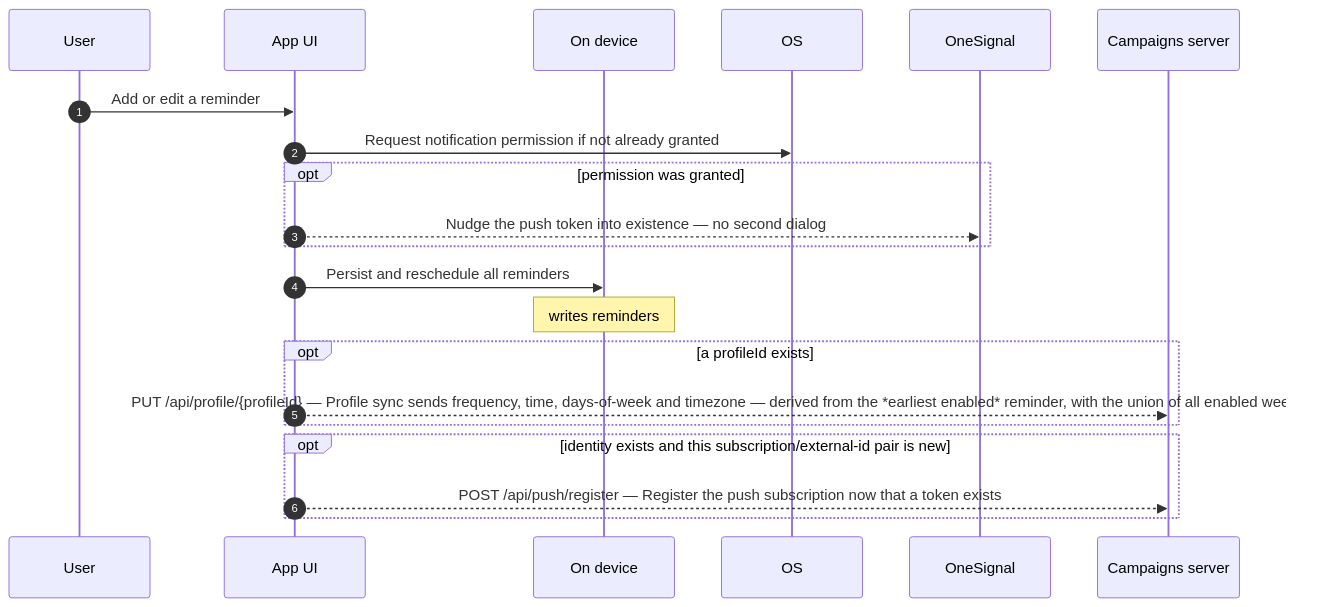
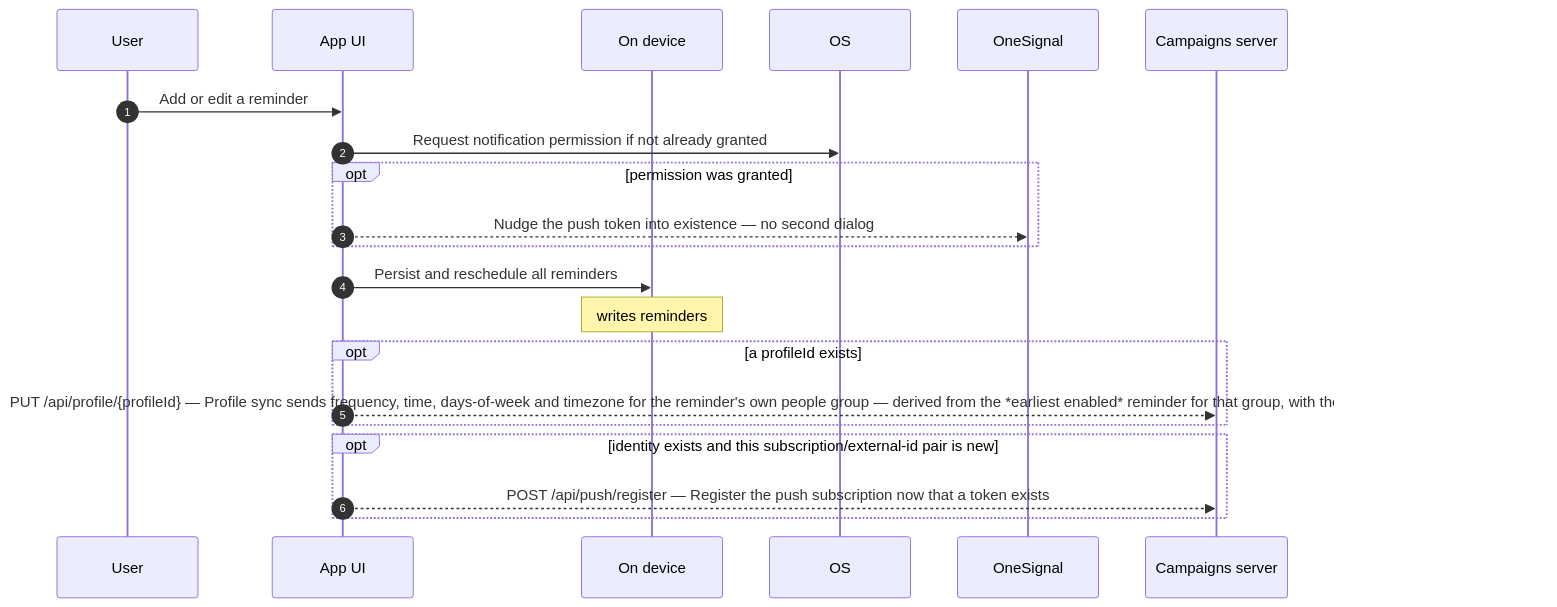
One commit to doxa-life/doxa-prayer-mobile-app changed diagram 15 of 26 in docs/architecture/actions.md. Above: the diagram before and after it, drawn with Mermaid. The commit also changed other lines of this file and 67 other files, not shown here.

````diff
--- a/docs/architecture/actions.md
+++ b/docs/architecture/actions.md
@@ -475,23 +513,23 @@
 ```mermaid
 sequenceDiagram
     autonumber
     participant U as User
     participant UI as App UI
     participant L as On device
     participant OS as OS
     participant OS1 as OneSignal
     participant S as Campaigns server
     U->>UI: Add or edit a reminder
     UI->>OS: Request notification permission if not already granted
     opt permission was granted
         UI-->>OS1: Nudge the push token into existence — no second dialog
     end
     UI->>L: Persist and reschedule all reminders
     Note over L: writes reminders
     opt a profileId exists
-        UI-->>S: PUT /api/profile/{profileId} — Profile sync sends frequency, time, days-of-week and timezone — derived from the *earliest enabled* reminder, with the union of all enabled weekdays
+        UI-->>S: PUT /api/profile/{profileId} — Profile sync sends frequency, time, days-of-week and timezone for the reminder's own people group — derived from the *earliest enabled* reminder for that group, with the union of its enabled weekdays
     end
     opt identity exists and this subscription/external-id pair is new
         UI-->>S: POST /api/push/register — Register the push subscription now that a token exists
     end
 ```
````
